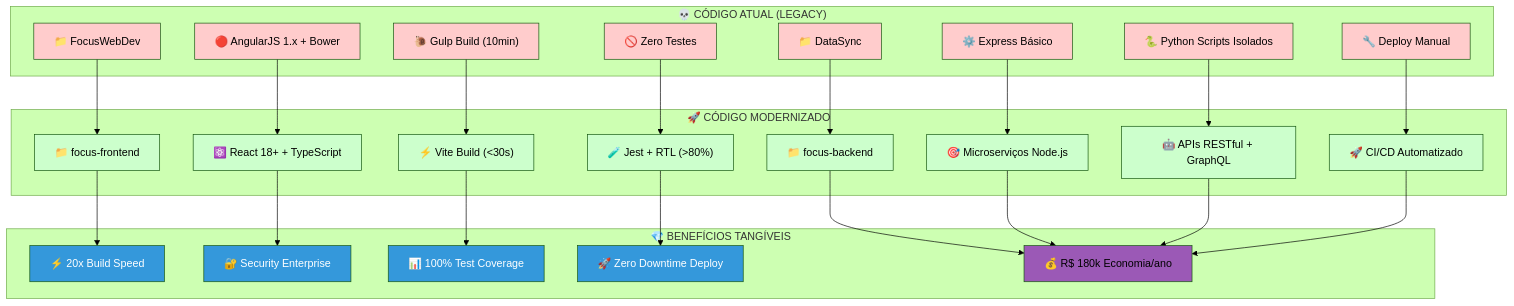
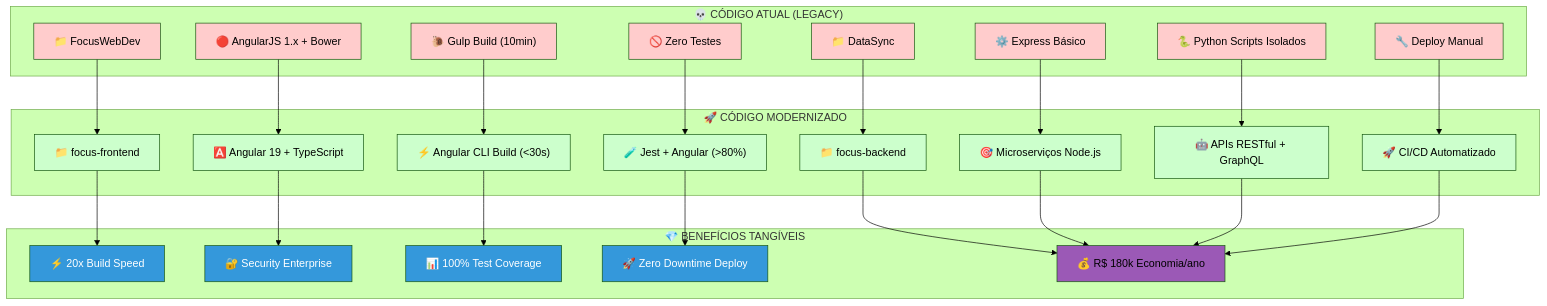
Before and after one commit to EduPereiraAlest/FocusTextil: the diagram in 01-Proposta/documentacao/code-transformation.md, drawn with Mermaid (forest theme). The commit also changed other lines of this file and 56 other files, not shown here.

Commit message:
refactor: migrate frontend from React to Angular architecture

````diff
--- a/01-Proposta/documentacao/code-transformation.md
+++ b/01-Proposta/documentacao/code-transformation.md
@@ -5,72 +5,72 @@
 ```mermaid
 graph TB
 subgraph "💀 CÓDIGO ATUAL (LEGACY)"
 A["📁 FocusWebDev"]
 B["🔴 AngularJS 1.x + Bower"]
 C["🐌 Gulp Build (10min)"]
 D["🚫 Zero Testes"]
 E["📁 DataSync"]
 F["⚙️ Express Básico"]
 G["🐍 Python Scripts Isolados"]
 H["🔧 Deploy Manual"]
 end
 
 subgraph "🚀 CÓDIGO MODERNIZADO"
 I["📁 focus-frontend"]
-J["⚛️ React 18+ + TypeScript"]
-K["⚡ Vite Build (<30s)"]
-L["🧪 Jest + RTL (>80%)"]
+J["🅰️ Angular 19 + TypeScript"]
+K["⚡ Angular CLI Build (<30s)"]
+L["🧪 Jest + Angular (>80%)"]
 M["📁 focus-backend"]
 N["🎯 Microserviços Node.js"]
 O["🤖 APIs RESTful + GraphQL"]
 P["🚀 CI/CD Automatizado"]
 end
 
 subgraph "💎 BENEFÍCIOS TANGÍVEIS"
 Q["⚡ 20x Build Speed"]
 R["🔐 Security Enterprise"]
 S["📊 100% Test Coverage"]
 T["🚀 Zero Downtime Deploy"]
 U["💰 R$ 180k Economia/ano"]
 end
 
 A --> I
 B --> J
 C --> K
 D --> L
 E --> M
 F --> N
 G --> O
 H --> P
 
 I --> Q
 J --> R
 K --> S
 L --> T
 M --> U
 N --> U
 O --> U
 P --> U
 
 style A fill:#ffcccc,color:#000000
 style B fill:#ffcccc,color:#000000
 style C fill:#ffcccc,color:#000000
 style D fill:#ffcccc,color:#000000
 style E fill:#ffcccc,color:#000000
 style F fill:#ffcccc,color:#000000
 style G fill:#ffcccc,color:#000000
 style H fill:#ffcccc,color:#000000
 style I fill:#ccffcc,color:#000000
 style J fill:#ccffcc,color:#000000
 style K fill:#ccffcc,color:#000000
 style L fill:#ccffcc,color:#000000
 style M fill:#ccffcc,color:#000000
 style N fill:#ccffcc,color:#000000
 style O fill:#ccffcc,color:#000000
 style P fill:#ccffcc,color:#000000
 style Q fill:#3498db,color:#ffffff
 style R fill:#3498db,color:#ffffff
 style S fill:#3498db,color:#ffffff
 style T fill:#3498db,color:#ffffff
 style U fill:#9b59b6,color:#000000
 ```
````
